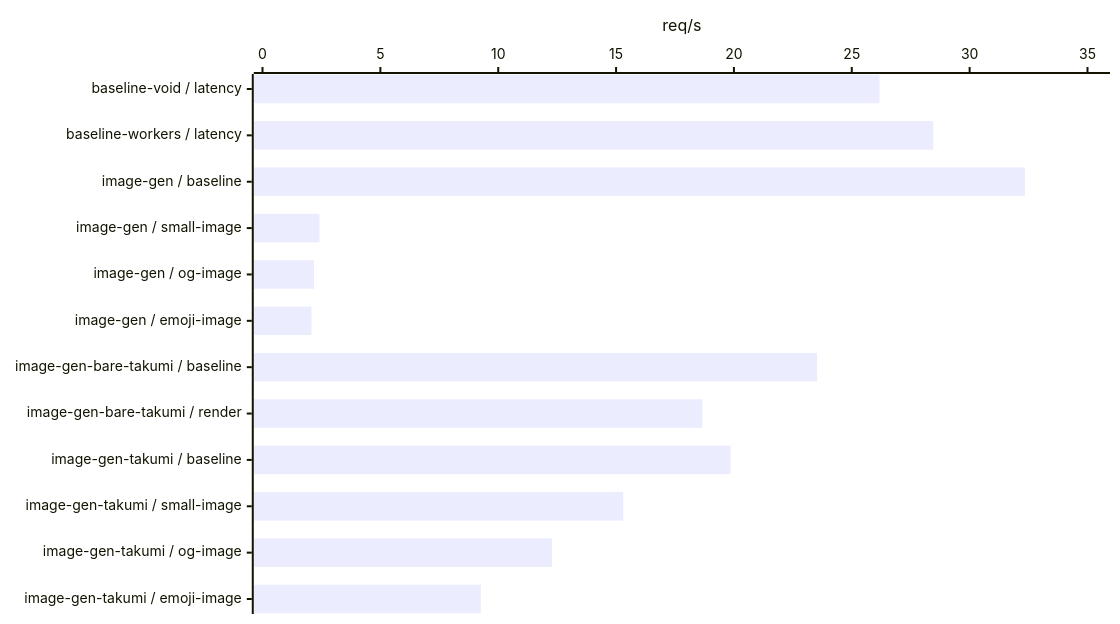
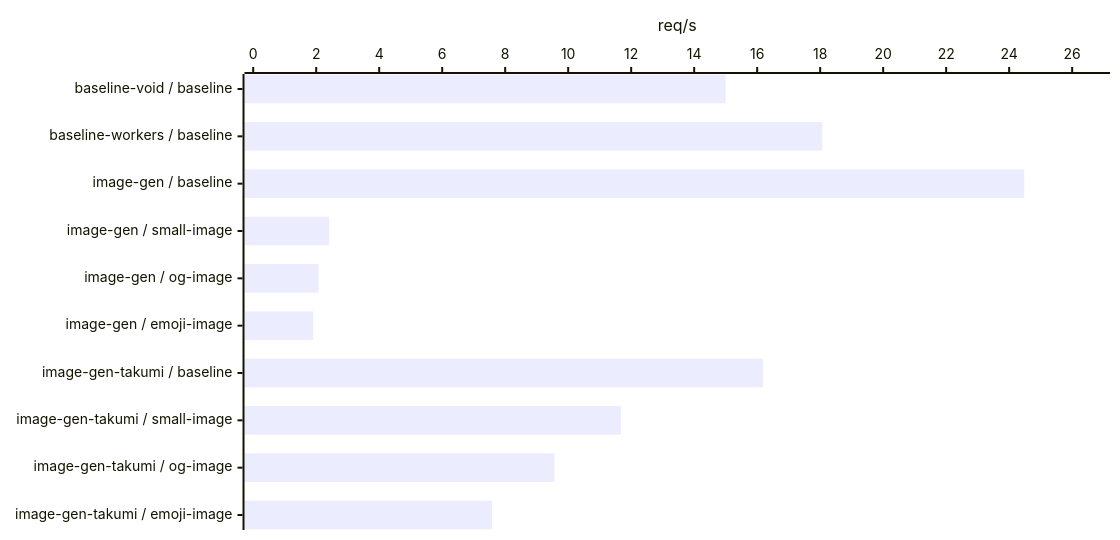
Before and after one commit to voidzero-dev/void: diagram 13 of 25 in benchmark/report.md, drawn with Mermaid. The commit also changed other lines of this file and 6 other files, not shown here.

````diff
--- a/benchmark/report.md
+++ b/benchmark/report.md
@@ -245,12 +242,12 @@
 ```mermaid
 ---
 config:
   xyChart:
     width: 1100
-    height: 604
+    height: 520
 ---
 xychart-beta horizontal
-    x-axis ["baseline-void / latency", "baseline-workers / latency", "image-gen / baseline", "image-gen / small-image", "image-gen / og-image", "image-gen / emoji-image", "image-gen-bare-takumi / baseline", "image-gen-bare-takumi / render", "image-gen-takumi / baseline", "image-gen-takumi / small-image", "image-gen-takumi / og-image", "image-gen-takumi / emoji-image"]
-    y-axis "req/s" 0 --> 35.584156
-    bar [26.174257, 28.454869, 32.349233, 2.4135706, 2.1836406, 2.0770744, 23.527894, 18.662025, 19.858394, 15.303167, 12.284791, 9.2635246]
+    x-axis ["baseline-void / baseline", "baseline-workers / baseline", "image-gen / baseline", "image-gen / small-image", "image-gen / og-image", "image-gen / emoji-image", "image-gen-takumi / baseline", "image-gen-takumi / small-image", "image-gen-takumi / og-image", "image-gen-takumi / emoji-image"]
+    y-axis "req/s" 0 --> 26.925892
+    bar [14.999973, 18.066572, 24.478084, 2.4120511, 2.0736157, 1.9049355, 16.182668, 11.673723, 9.5660582, 7.5831927]
 ```
````
